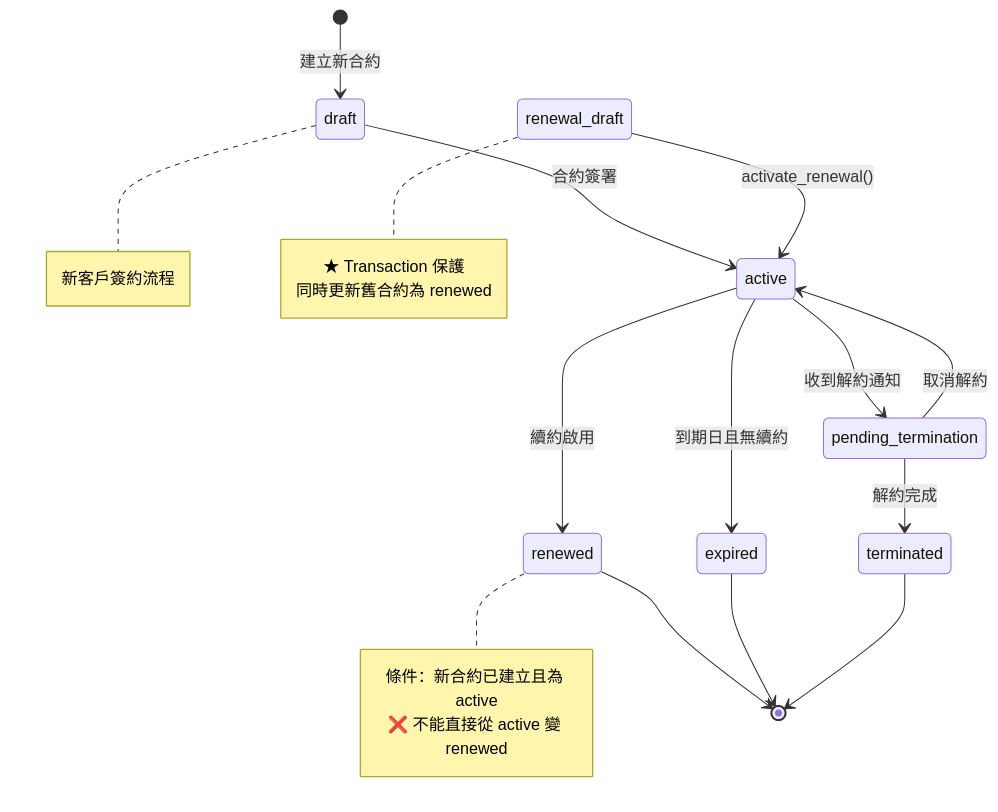
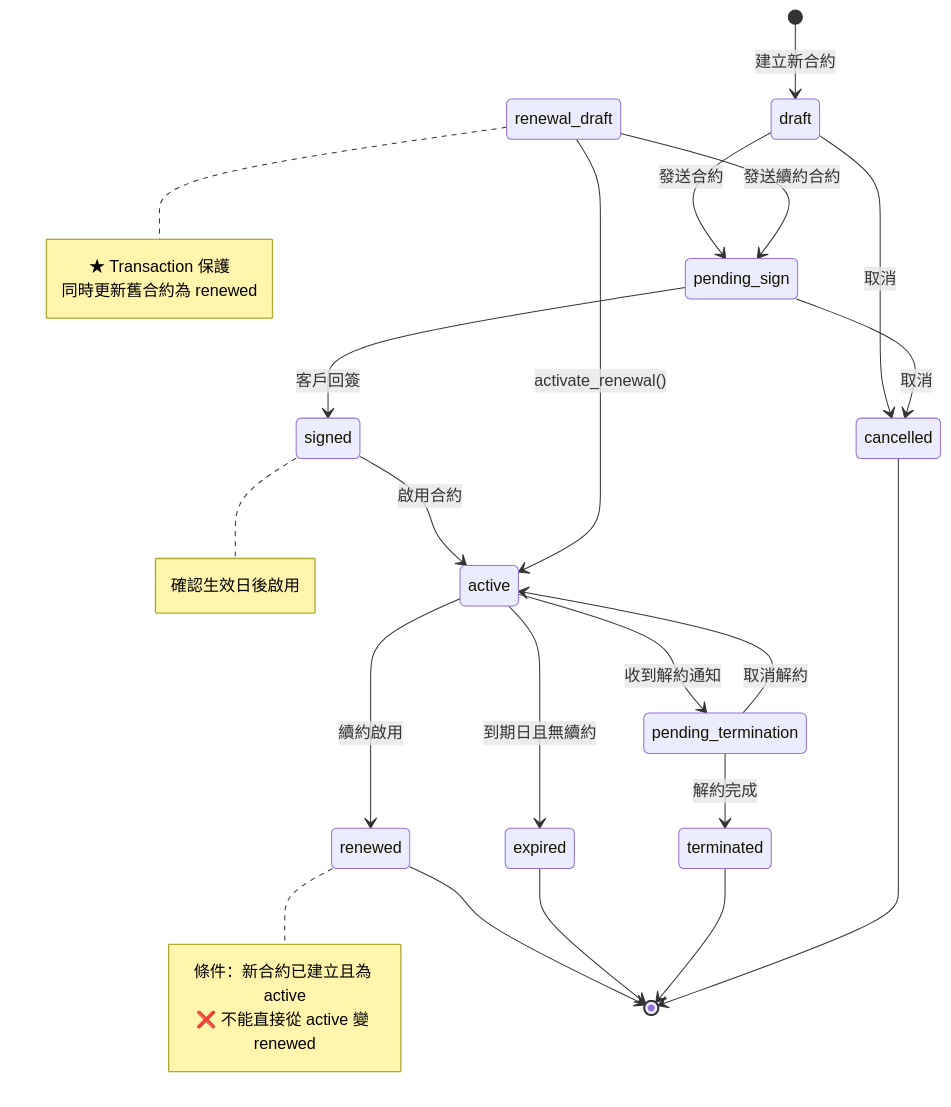
The diagram in docs/STD-contract-status.md (lgscvb/v2-hj-crm), drawn with Mermaid before and after one commit. The commit also changed other lines of this file and 1 other file, not shown here.

First line of the commit message:
docs: 同步合約狀態定義與 schema 約束

````diff
--- a/docs/STD-contract-status.md
+++ b/docs/STD-contract-status.md
@@ -24,29 +27,37 @@
 ```mermaid
 stateDiagram-v2
     [*] --> draft: 建立新合約
 
-    draft --> active: 合約簽署
-    note right of draft: 新客戶簽約流程
+    draft --> pending_sign: 發送合約
+    draft --> cancelled: 取消
 
+    pending_sign --> signed: 客戶回簽
+    pending_sign --> cancelled: 取消
+
+    signed --> active: 啟用合約
+    note right of signed: 確認生效日後啟用
+
+    renewal_draft --> pending_sign: 發送續約合約
     renewal_draft --> active: activate_renewal()
     note right of renewal_draft
         ★ Transaction 保護
         同時更新舊合約為 renewed
     end note
 
     active --> renewed: 續約啟用
     note right of renewed
         條件：新合約已建立且為 active
         ❌ 不能直接從 active 變 renewed
     end note
 
     active --> pending_termination: 收到解約通知
     active --> expired: 到期日且無續約
 
     pending_termination --> terminated: 解約完成
     pending_termination --> active: 取消解約
 
     renewed --> [*]
     expired --> [*]
     terminated --> [*]
+    cancelled --> [*]
 ```
````
